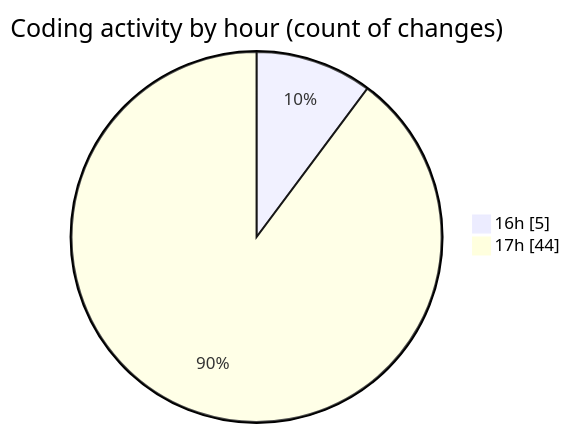
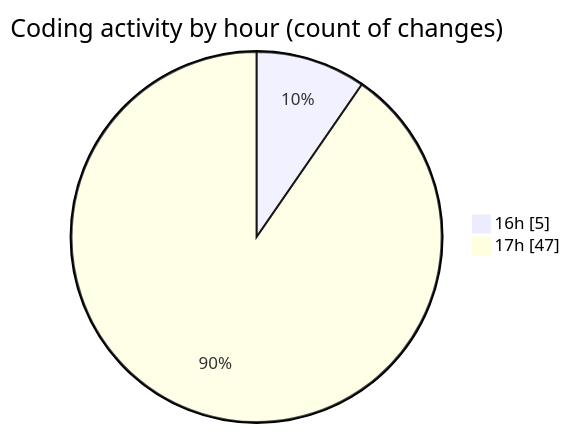
One commit to robertbonfada/code-tracking changed the second of 2 diagrams in 2025-01-10/mbc-web/README.md. Above: the diagram before and after it, drawn with Mermaid. The commit also changed other lines of this file and 1 other file, not shown here.

````diff
--- a/2025-01-10/mbc-web/README.md
+++ b/2025-01-10/mbc-web/README.md
@@ -33,6 +33,6 @@
 ```mermaid
 pie showData
 title Coding activity by hour (count of changes)
 "16h" : 5
-"17h" : 44
+"17h" : 47
 ```
````
